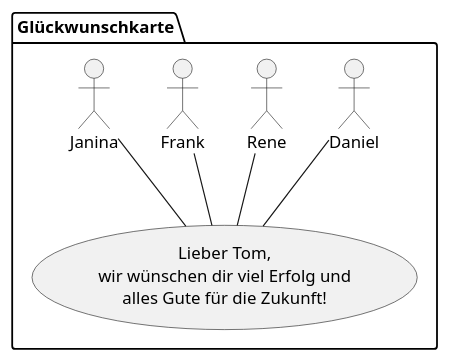
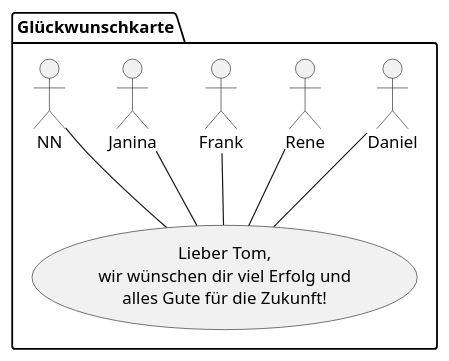
The diagram in goodbye.puml (dkliem/alles-gute-tom), drawn with PlantUML before and after one commit.

```diff
--- a/goodbye.puml
+++ b/goodbye.puml
@@ -1,15 +1,15 @@
 @startuml
 folder "Glückwunschkarte" {
     usecase goodbye [
         Lieber Tom,
         wir wünschen dir viel Erfolg und
         alles Gute für die Zukunft!
     ]
 
     :Daniel: -- goodbye
     :Rene: -- goodbye
     :Frank: -- goodbye
     :Janina: -- goodbye
-
+    :NN: -- goodbye
 }
 @enduml
```
